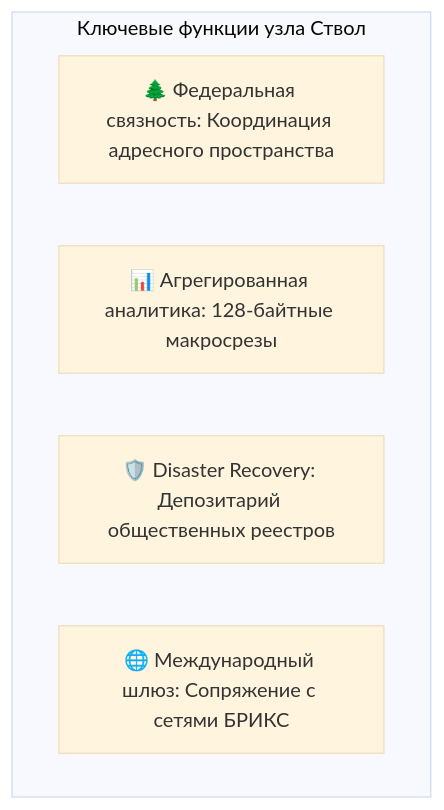
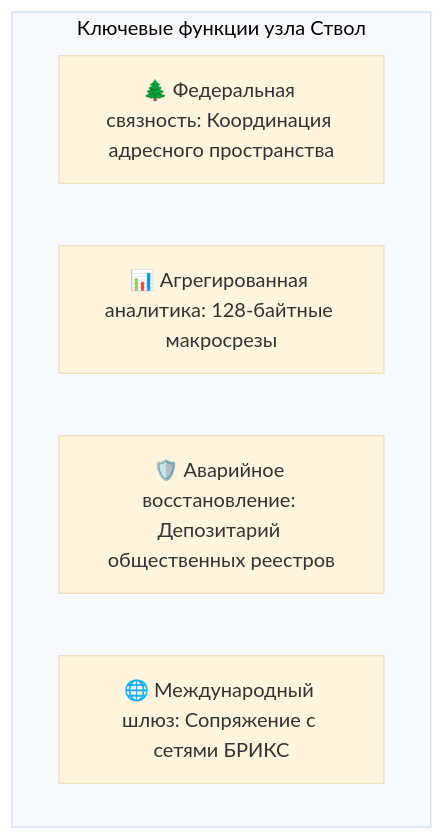
One commit to Data-Independence-Network/presentations changed the ninth of 12 diagrams in architecture_presentations/01_topology_and_sovereignty/docs/presentation_deck.md. Above: the diagram before and after it, drawn with Mermaid (base theme). The commit also changed other lines of this file and 88 other files, not shown here.

```diff
--- a/architecture_presentations/01_topology_and_sovereignty/docs/presentation_deck.md
+++ b/architecture_presentations/01_topology_and_sovereignty/docs/presentation_deck.md
@@ -474,9 +474,9 @@
         <div class="mermaid">
 graph TD
     subgraph Trunk_Functions [Ключевые функции узла Ствол]
         F1[🌲 Федеральная связность: Координация адресного пространства]
         F2[📊 Агрегированная аналитика: 128-байтные макросрезы]
-        F3[🛡️ Disaster Recovery: Депозитарий общественных реестров]
+        F3[🛡️ Аварийное восстановление: Депозитарий общественных реестров]
         F4[🌐 Международный шлюз: Сопряжение с сетями БРИКС]
     end
         </div>
```
